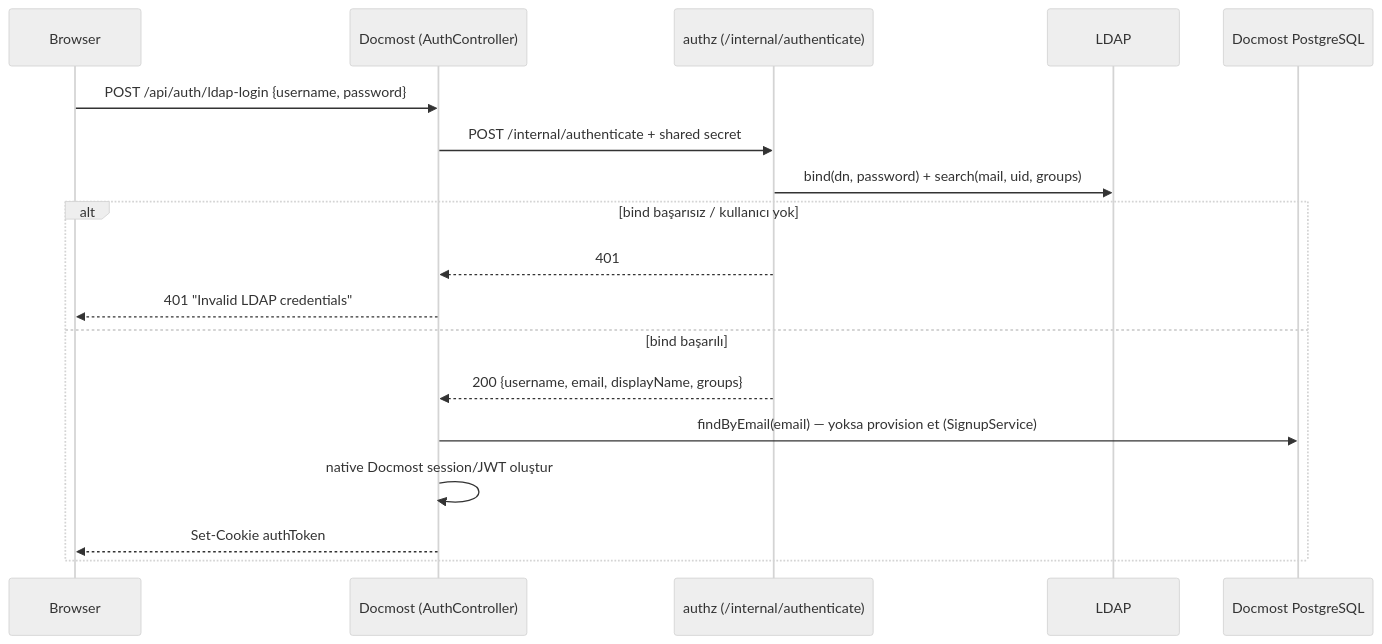
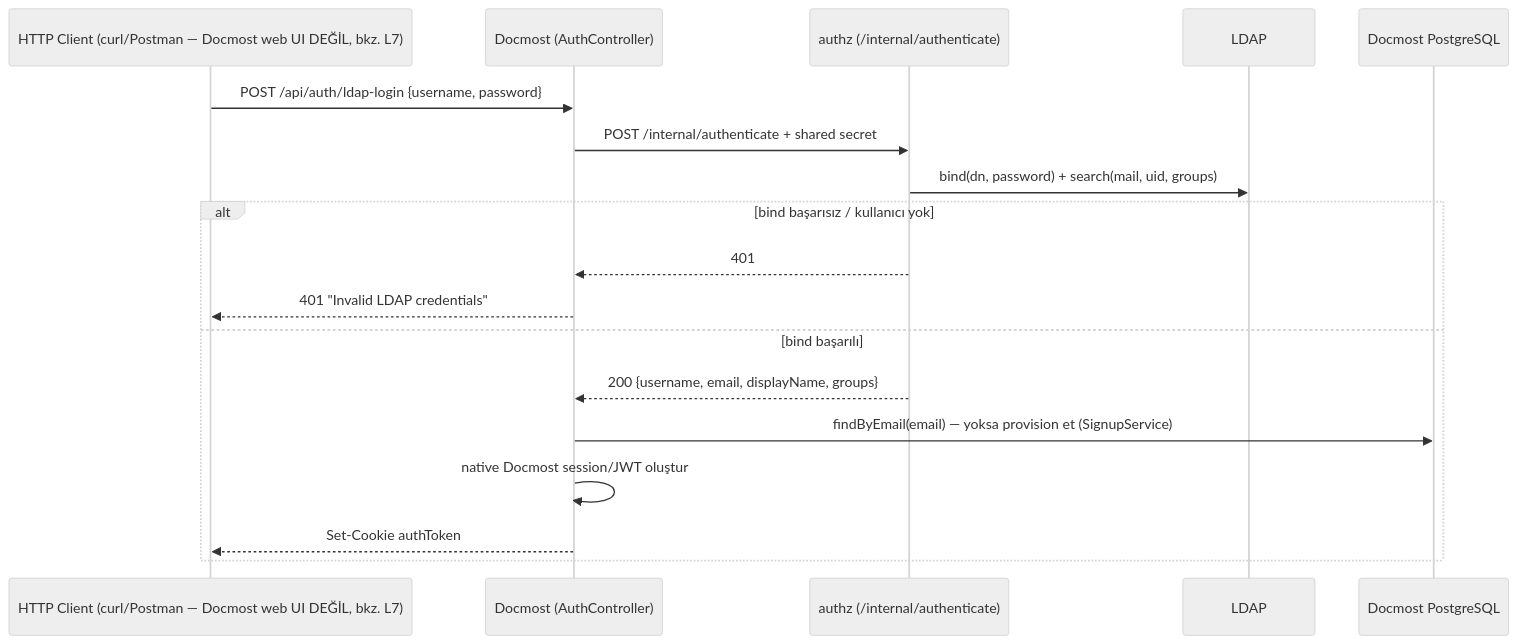
Before and after one commit to farukonder-ingtr/docmost: the third of 7 diagrams in ingwiki/spec/03-final-architecture-and-use-cases.md, drawn with Mermaid (neutral theme). The commit also changed other lines of this file and 40 other files, not shown here.

````diff
--- a/ingwiki/spec/03-final-architecture-and-use-cases.md
+++ b/ingwiki/spec/03-final-architecture-and-use-cases.md
@@ -90,21 +66,21 @@
 ```mermaid
 sequenceDiagram
-    participant B as Browser
+    participant B as HTTP Client (curl/Postman — Docmost web UI DEĞİL, bkz. L7)
     participant D as Docmost (AuthController)
     participant A as authz (/internal/authenticate)
     participant L as LDAP
     participant DB as Docmost PostgreSQL
 
     B->>D: POST /api/auth/ldap-login {username, password}
     D->>A: POST /internal/authenticate + shared secret
     A->>L: bind(dn, password) + search(mail, uid, groups)
     alt bind başarısız / kullanıcı yok
         A-->>D: 401
         D-->>B: 401 "Invalid LDAP credentials"
     else bind başarılı
         A-->>D: 200 {username, email, displayName, groups}
         D->>DB: findByEmail(email) — yoksa provision et (SignupService)
         D->>D: native Docmost session/JWT oluştur
         D-->>B: Set-Cookie authToken
     end
 ```
````
